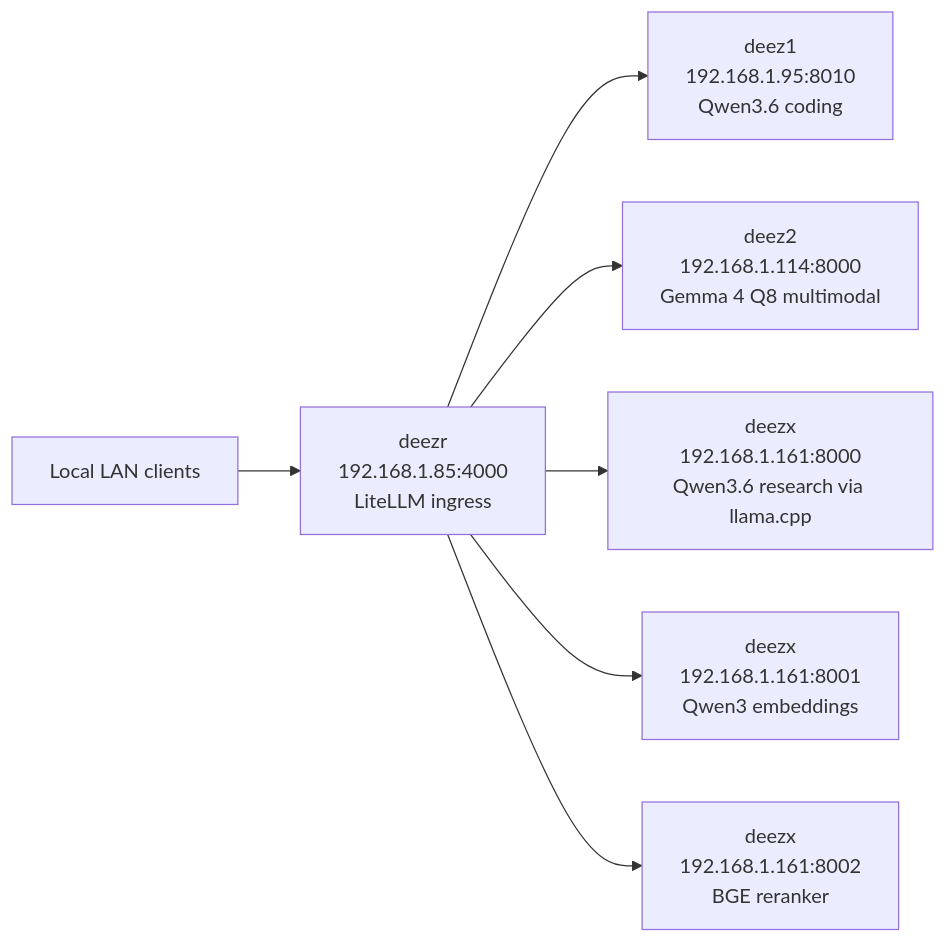
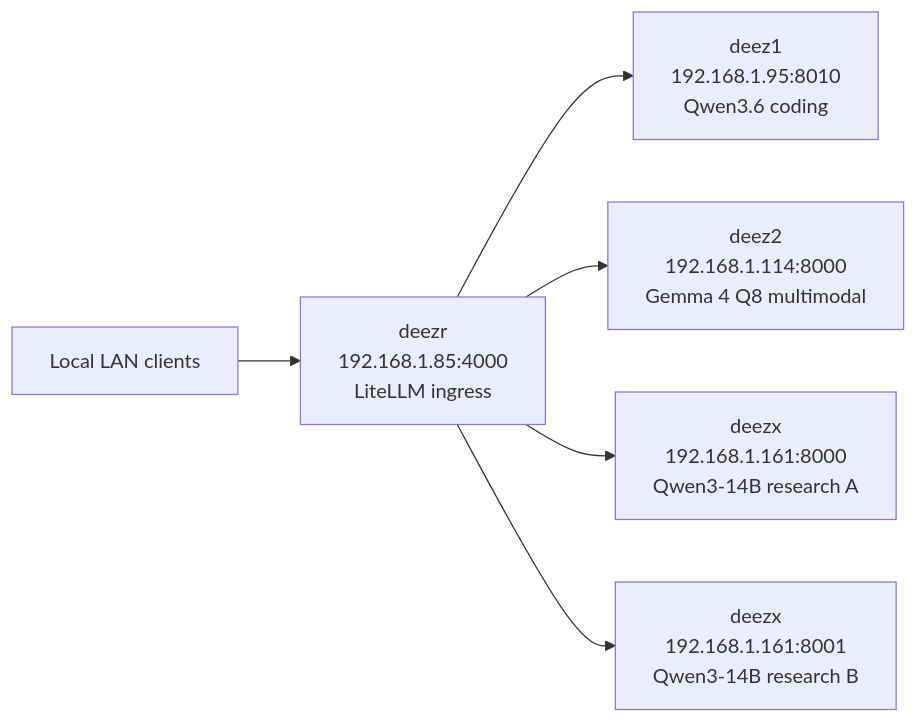
Before and after one commit to 3p3r/my-harness: the diagram in README.md, drawn with Mermaid. The commit also changed other lines of this file and 8 other files, not shown here.

````diff
--- a/README.md
+++ b/README.md
@@ -53,9 +48,8 @@
 ```mermaid
 flowchart LR
     Client[Local LAN clients] --> Router[deezr\n192.168.1.85:4000\nLiteLLM ingress]
     Router --> Coding[deez1\n192.168.1.95:8010\nQwen3.6 coding]
     Router --> Thinking[deez2\n192.168.1.114:8000\nGemma 4 Q8 multimodal]
-    Router --> Research[deezx\n192.168.1.161:8000\nQwen3.6 research via llama.cpp]
-    Router --> Embed[deezx\n192.168.1.161:8001\nQwen3 embeddings]
-    Router --> Rerank[deezx\n192.168.1.161:8002\nBGE reranker]
+    Router --> ResearchA[deezx\n192.168.1.161:8000\nQwen3-14B research A]
+    Router --> ResearchB[deezx\n192.168.1.161:8001\nQwen3-14B research B]
 ```
````
